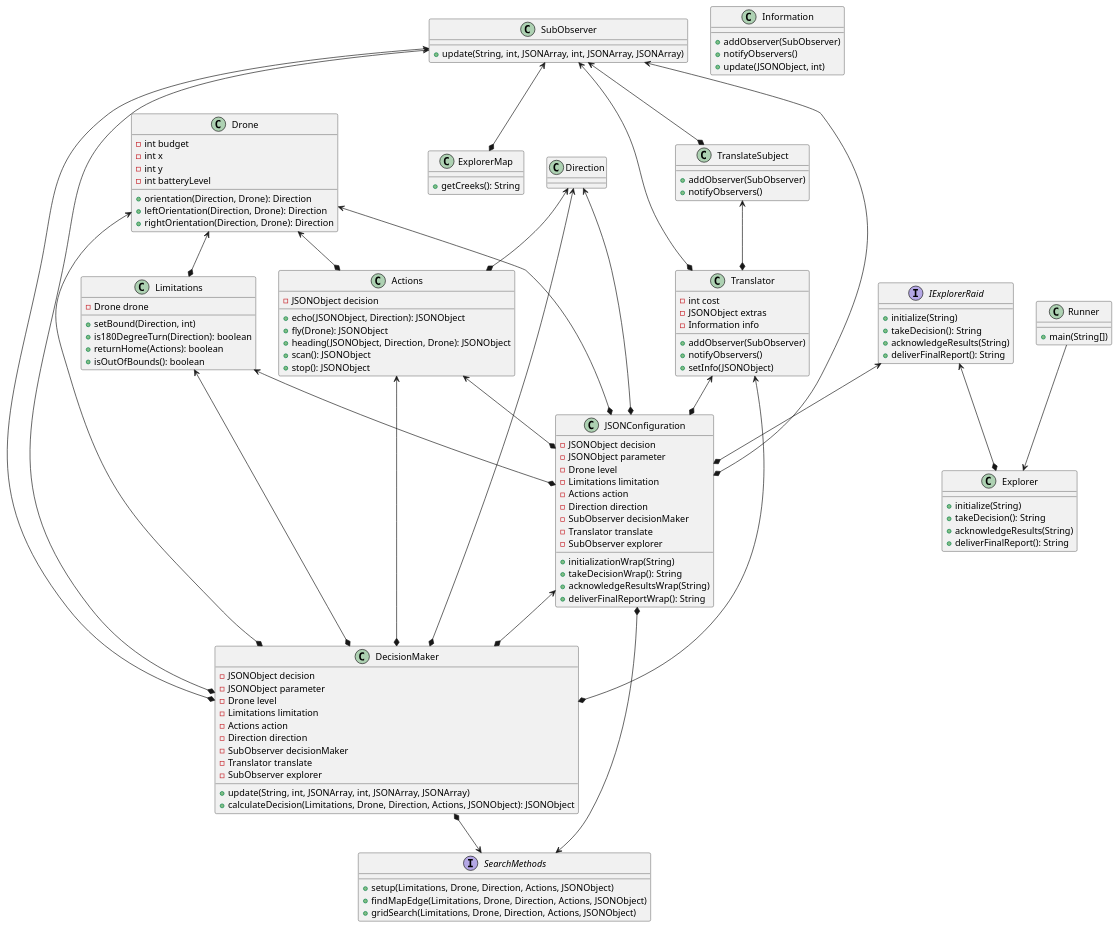
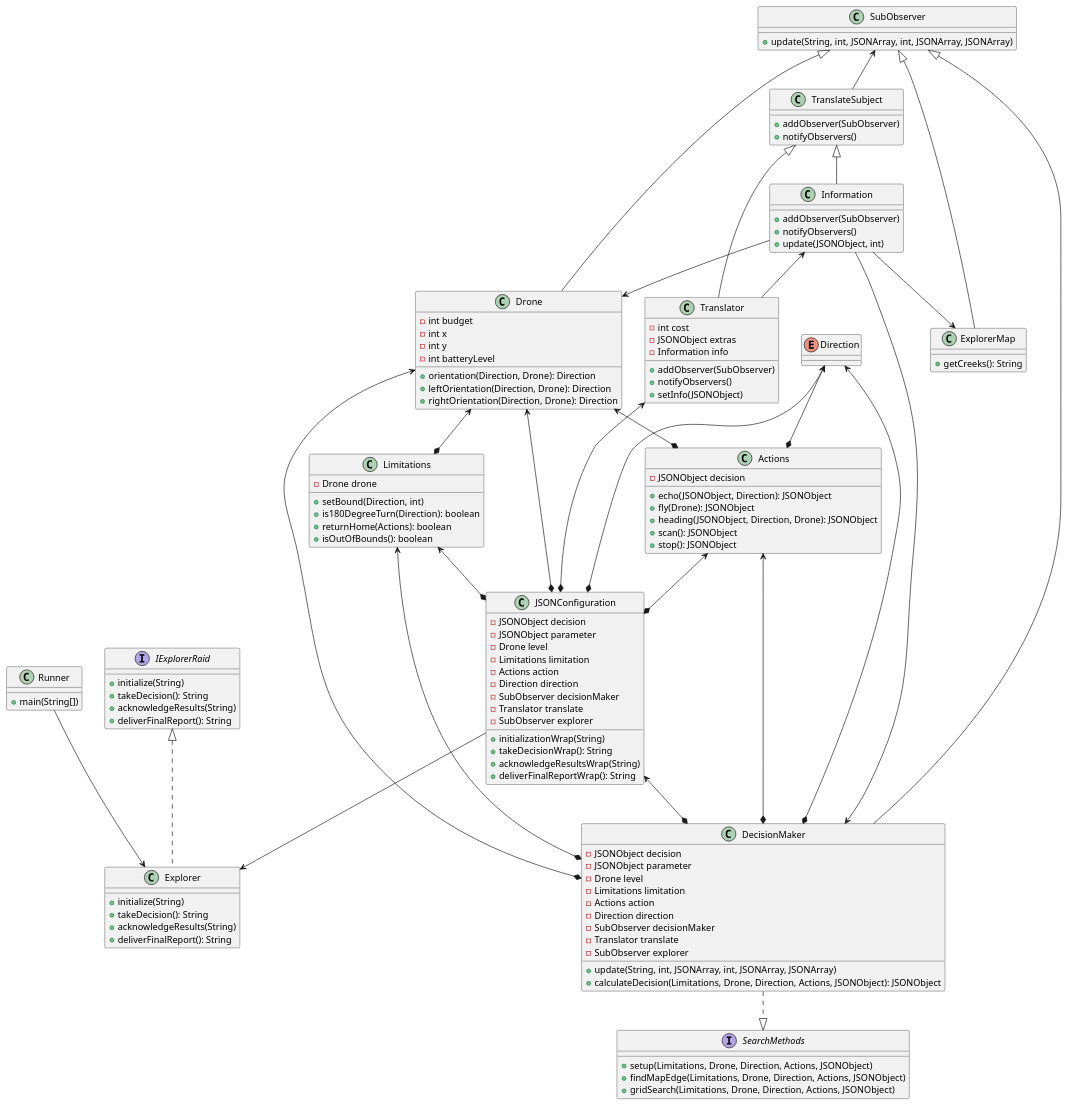
The diagram in UML/class.puml (2AA4-W24/a2-rescue-mission-team-105), drawn with PlantUML before and after one commit. The commit also changed 1 other file, not shown here.

```diff
--- a/UML/class.puml
+++ b/UML/class.puml
@@ -1,139 +1,141 @@
 @startuml class
 
 interface IExplorerRaid {
     +initialize(String)
     +takeDecision(): String
     +acknowledgeResults(String)
     +deliverFinalReport(): String
 }
 
 interface SearchMethods {
     +setup(Limitations, Drone, Direction, Actions, JSONObject)
     +findMapEdge(Limitations, Drone, Direction, Actions, JSONObject)
     +gridSearch(Limitations, Drone, Direction, Actions, JSONObject)
 }
 
 class Explorer {
     +initialize(String)
     +takeDecision(): String
     +acknowledgeResults(String)
     +deliverFinalReport(): String
 }
 
 class DecisionMaker {
     -JSONObject decision
     -JSONObject parameter
     -Drone level
     -Limitations limitation
     -Actions action
     -Direction direction
     -SubObserver decisionMaker
     -Translator translate
     -SubObserver explorer
     +update(String, int, JSONArray, int, JSONArray, JSONArray)
     +calculateDecision(Limitations, Drone, Direction, Actions, JSONObject): JSONObject
 }
 
 class JSONConfiguration {
     -JSONObject decision
     -JSONObject parameter
     -Drone level
     -Limitations limitation
     -Actions action
     -Direction direction
     -SubObserver decisionMaker
     -Translator translate
     -SubObserver explorer
     +initializationWrap(String)
     +takeDecisionWrap(): String
     +acknowledgeResultsWrap(String)
     +deliverFinalReportWrap(): String
 }
 
 class Runner {
     +main(String[])
 }
 
 class Translator {
     -int cost
     -JSONObject extras
     -Information info
     +addObserver(SubObserver)
     +notifyObservers()
     +setInfo(JSONObject)
 }
 
 class SubObserver {
     +update(String, int, JSONArray, int, JSONArray, JSONArray)
 }
 
 class Information {
     +addObserver(SubObserver)
     +notifyObservers()
     +update(JSONObject, int)
 }
 
 class TranslateSubject {
     +addObserver(SubObserver)
     +notifyObservers()
 }
 
 class Actions {
     -JSONObject decision
     +echo(JSONObject, Direction): JSONObject
     +fly(Drone): JSONObject
     +heading(JSONObject, Direction, Drone): JSONObject
     +scan(): JSONObject
     +stop(): JSONObject
 }
 
 class Limitations {
     -Drone drone
     +setBound(Direction, int)
     +is180DegreeTurn(Direction): boolean
     +returnHome(Actions): boolean
     +isOutOfBounds(): boolean
 }
 
 class Drone {
     -int budget
     -int x
     -int y
     -int batteryLevel
     +orientation(Direction, Drone): Direction
     +leftOrientation(Direction, Drone): Direction
     +rightOrientation(Direction, Drone): Direction
 }
 
 class ExplorerMap {
     +getCreeks(): String
 }
 
-DecisionMaker *-up-> SubObserver
-Explorer *-up-> IExplorerRaid
-JSONConfiguration *-up-> IExplorerRaid
-JSONConfiguration *-up-> SearchMethods
+enum Direction
+
+Explorer .up.|> IExplorerRaid
+JSONConfiguration --> Explorer
 Runner --> Explorer
-Translator *-up-> TranslateSubject
-Translator *-up-> SubObserver
-TranslateSubject *-up-> SubObserver
-DecisionMaker *-down-> SearchMethods
+Translator -up-|> TranslateSubject
+Information -up-|> TranslateSubject
+TranslateSubject -up-> SubObserver
+DecisionMaker .down.|> SearchMethods
 DecisionMaker *-up-> Actions
 DecisionMaker *-up-> Drone
 DecisionMaker *-up-> Limitations
 DecisionMaker *-up-> Direction
 DecisionMaker *-up-> JSONConfiguration
-DecisionMaker *-up-> SubObserver
-DecisionMaker *-up-> Translator
 JSONConfiguration *-up-> Actions
 JSONConfiguration *-up-> Drone
 JSONConfiguration *-up-> Limitations
 JSONConfiguration *-up-> Direction
-JSONConfiguration *-up-> SubObserver
 JSONConfiguration *-up-> Translator
 Actions *-up-> Drone
 Actions *-up-> Direction
 Limitations *-up-> Drone
-ExplorerMap *-up-> SubObserver
-
+Information --> DecisionMaker
+Information --> ExplorerMap
+Information --> Drone
+Information <-- Translator
+SubObserver <|-- DecisionMaker
+SubObserver <|-- ExplorerMap
+SubObserver <|-- Drone
 @enduml
```
